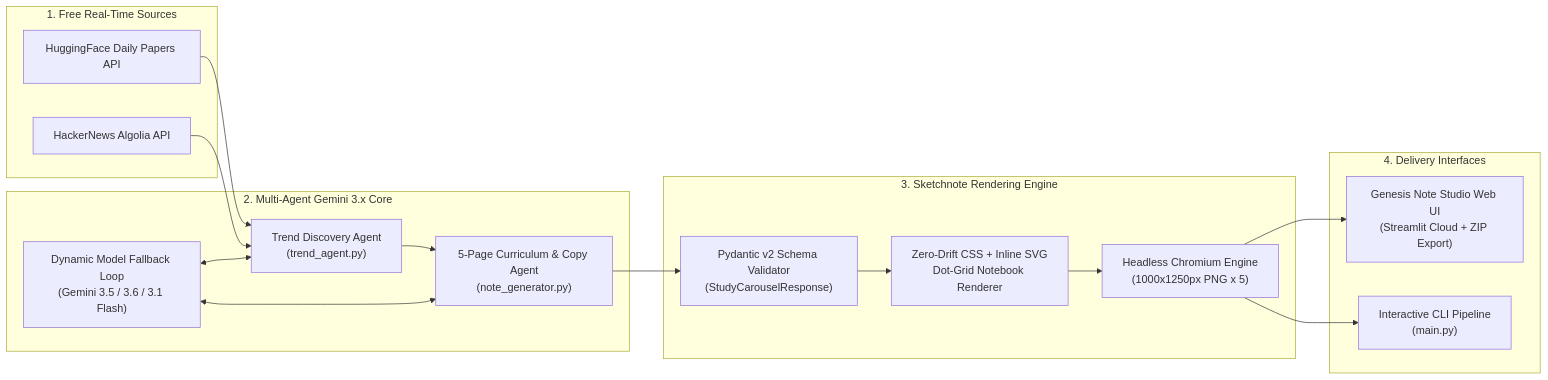
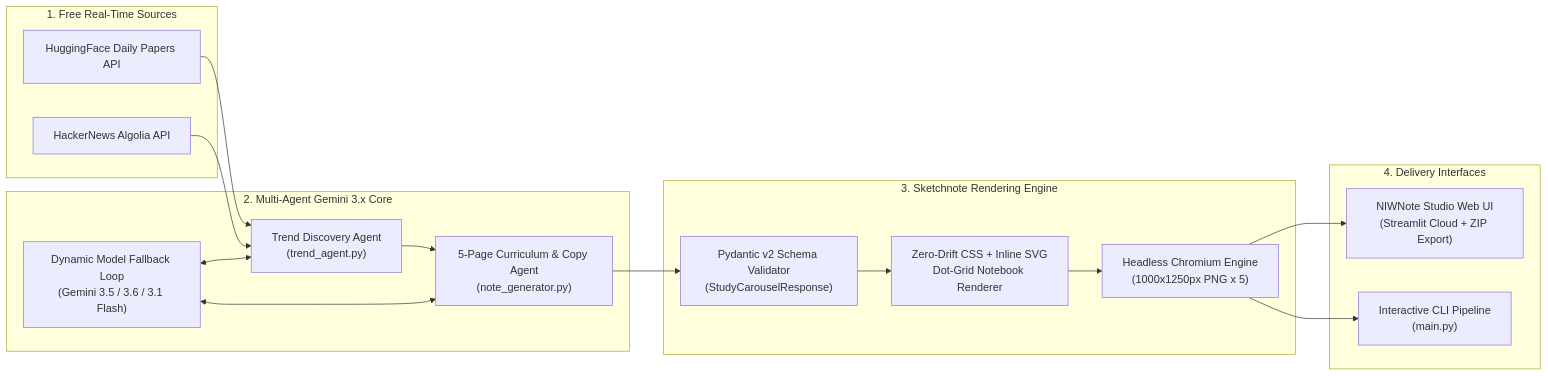
One commit to shehan-dev09/ai-handwritten-note-agent changed the diagram in README.md. Above: the diagram before and after it, drawn with Mermaid. The commit also changed other lines of this file, not shown here.

````diff
--- a/README.md
+++ b/README.md
@@ -44,30 +44,30 @@
 ```mermaid
 flowchart LR
     subgraph Sources["1. Free Real-Time Sources"]
         HF["HuggingFace Daily Papers API"]
         HN["HackerNews Algolia API"]
     end
 
     subgraph Agents["2. Multi-Agent Gemini 3.x Core"]
         TA["Trend Discovery Agent<br/>(trend_agent.py)"]
         CA["5-Page Curriculum & Copy Agent<br/>(note_generator.py)"]
         FB["Dynamic Model Fallback Loop<br/>(Gemini 3.5 / 3.6 / 3.1 Flash)"]
     end
 
     subgraph Engine["3. Sketchnote Rendering Engine"]
         PYD["Pydantic v2 Schema Validator<br/>(StudyCarouselResponse)"]
         SVG["Zero-Drift CSS + Inline SVG<br/>Dot-Grid Notebook Renderer"]
         CHR["Headless Chromium Engine<br/>(1000x1250px PNG x 5)"]
     end
 
     subgraph Studio["4. Delivery Interfaces"]
-        WEB["Genesis Note Studio Web UI<br/>(Streamlit Cloud + ZIP Export)"]
+        WEB["NIWNote Studio Web UI<br/>(Streamlit Cloud + ZIP Export)"]
         CLI["Interactive CLI Pipeline<br/>(main.py)"]
     end
 
     HF & HN --> TA
     TA --> CA
     FB <--> TA & CA
     CA --> PYD --> SVG --> CHR
     CHR --> WEB & CLI
 ```
````
